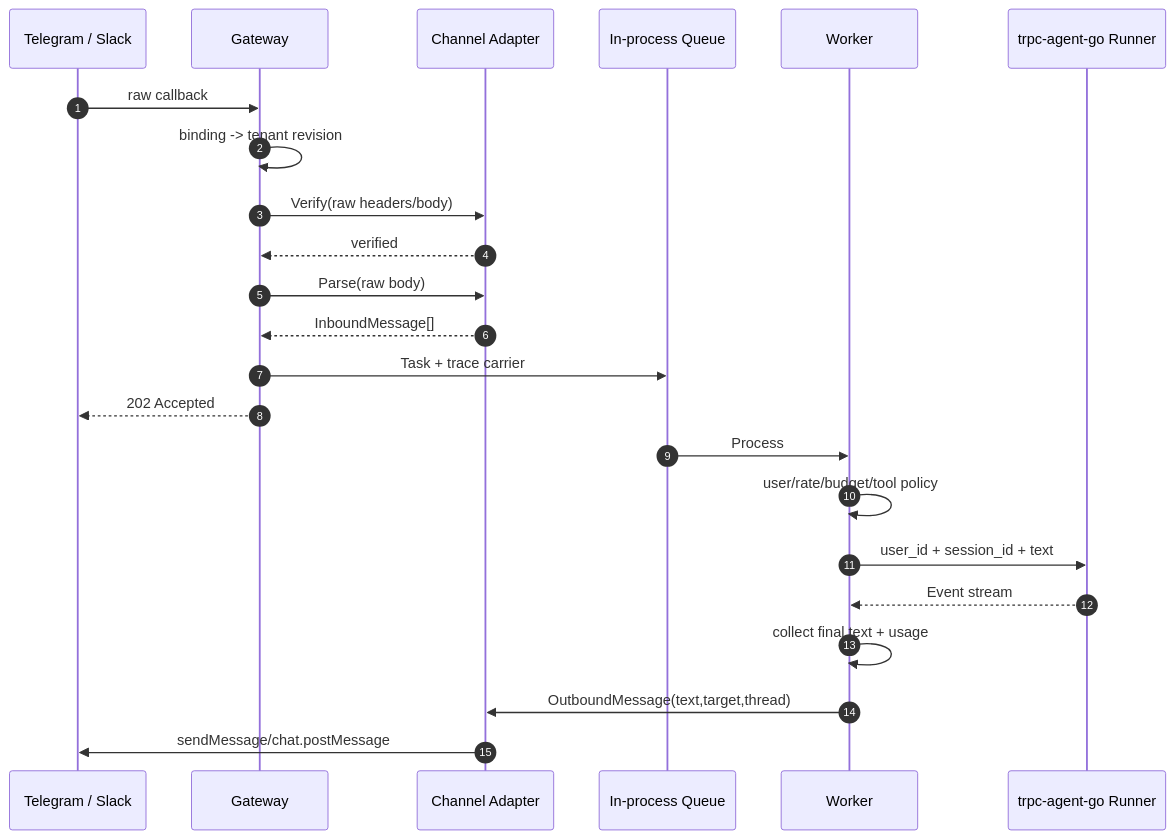
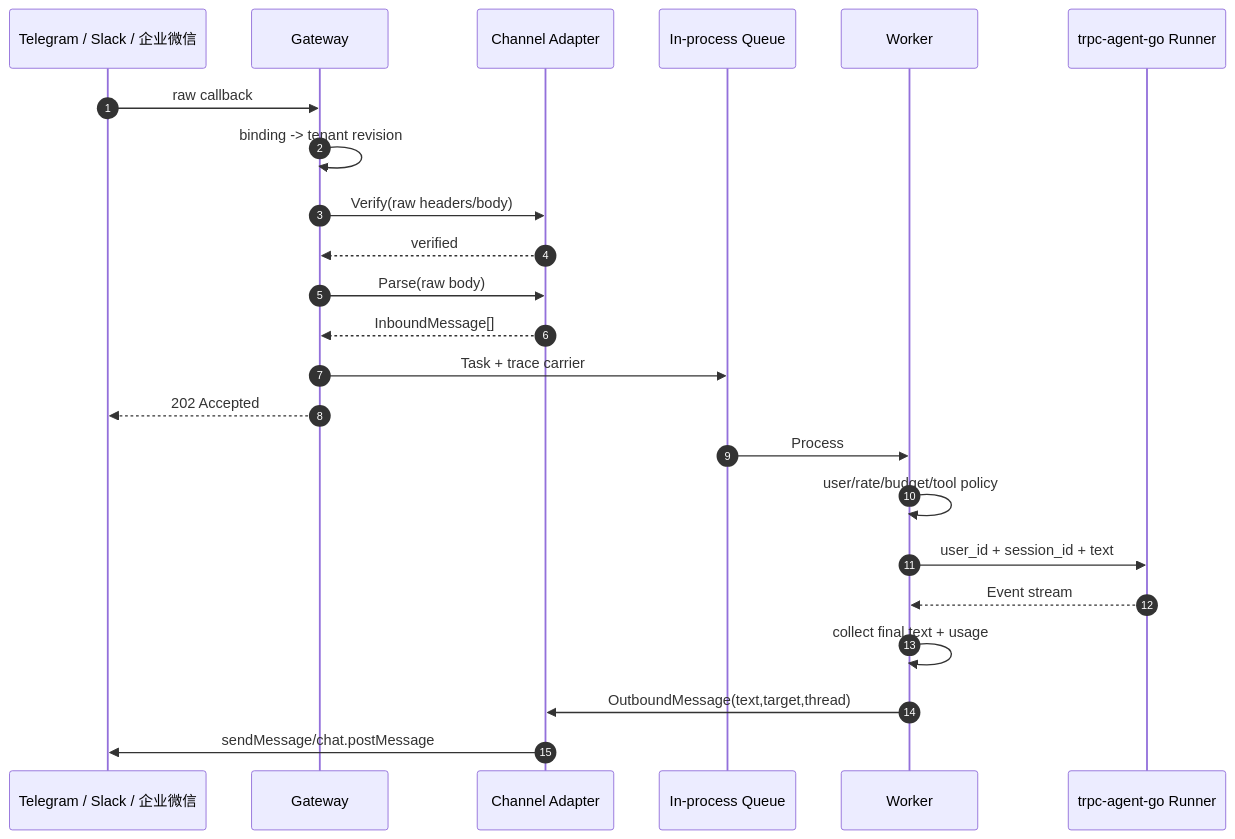
The first of 2 diagrams in docs/im-adapters.md (cyl6/trpc-agent-service), drawn with Mermaid before and after one commit. The commit also changed other lines of this file and 13 other files, not shown here.

````diff
--- a/docs/im-adapters.md
+++ b/docs/im-adapters.md
@@ -101,26 +115,26 @@
 ```mermaid
 sequenceDiagram
     autonumber
-    participant IM as Telegram / Slack
+    participant IM as Telegram / Slack / 企业微信
     participant G as Gateway
     participant A as Channel Adapter
     participant Q as In-process Queue
     participant W as Worker
     participant R as trpc-agent-go Runner
 
     IM->>G: raw callback
     G->>G: binding -> tenant revision
     G->>A: Verify(raw headers/body)
     A-->>G: verified
     G->>A: Parse(raw body)
     A-->>G: InboundMessage[]
     G->>Q: Task + trace carrier
     G-->>IM: 202 Accepted
     Q->>W: Process
     W->>W: user/rate/budget/tool policy
     W->>R: user_id + session_id + text
     R-->>W: Event stream
     W->>W: collect final text + usage
     W->>A: OutboundMessage(text,target,thread)
     A->>IM: sendMessage/chat.postMessage
 ```
````
